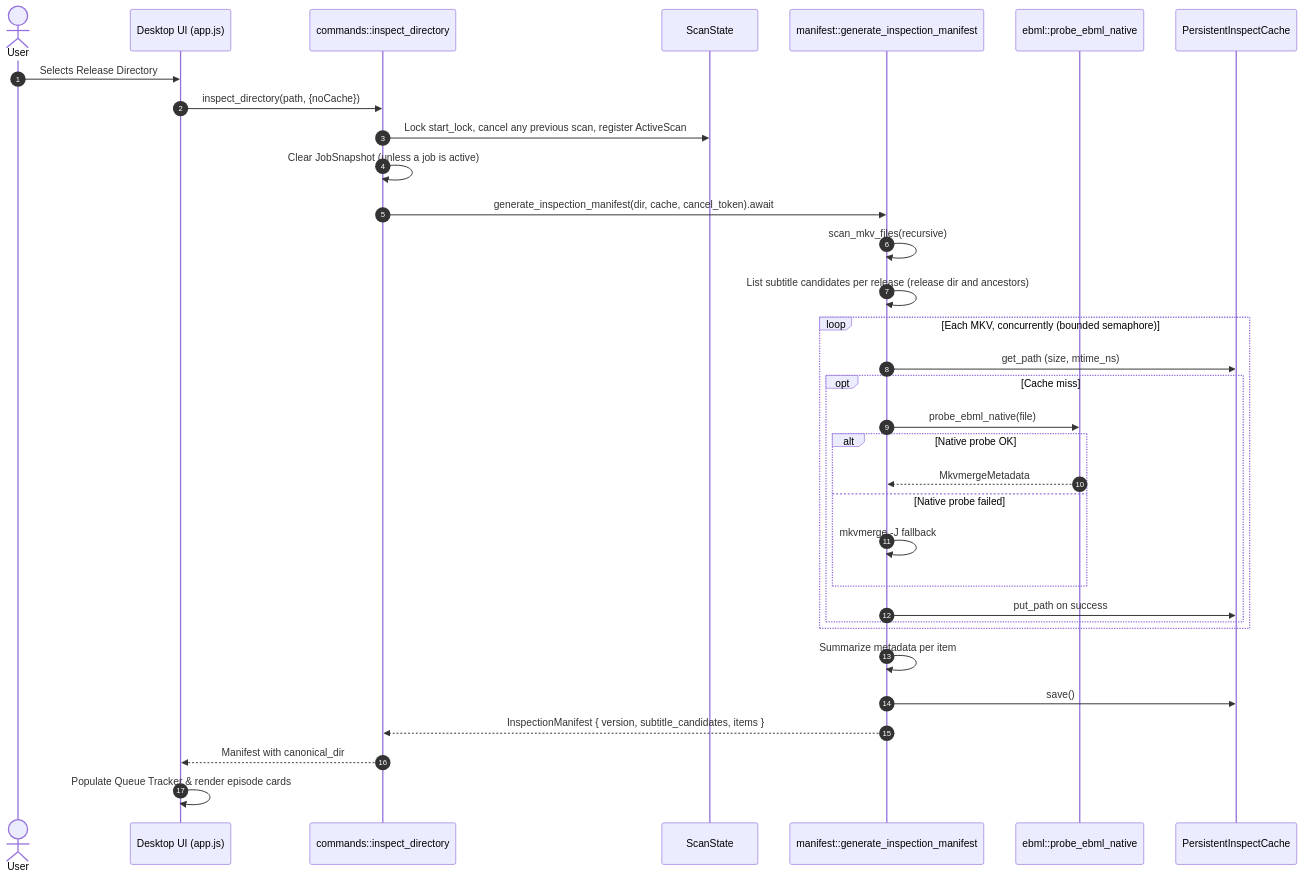
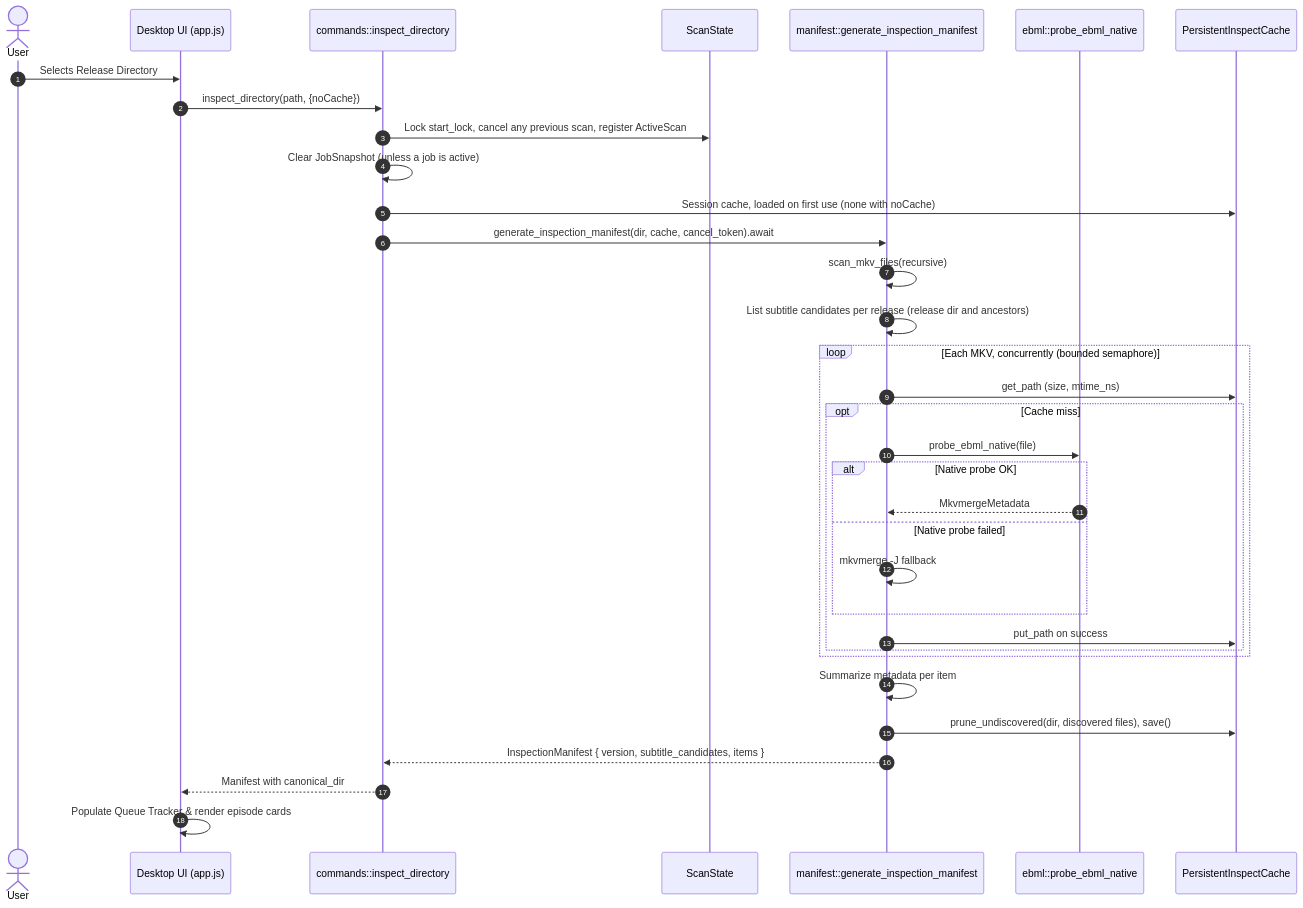
The seventh of 8 diagrams in architecture.md (Si-Forces/mkvanimebatch), drawn with Mermaid before and after one commit. The commit also changed other lines of this file and 10 other files, not shown here.

First line of the commit message:
perf: one inspect cache per app session, pruned after each completed inspection (#42)

````diff
--- a/architecture.md
+++ b/architecture.md
@@ -517,36 +522,37 @@
 ```mermaid
 sequenceDiagram
     autonumber
     actor User
     participant UI as Desktop UI (app.js)
     participant Cmd as commands::inspect_directory
     participant Scan as ScanState
     participant Core as manifest::generate_inspection_manifest
     participant EBML as ebml::probe_ebml_native
     participant Cache as PersistentInspectCache
 
     User->>UI: Selects Release Directory
     UI->>Cmd: inspect_directory(path, {noCache})
     Cmd->>Scan: Lock start_lock, cancel any previous scan, register ActiveScan
     Cmd->>Cmd: Clear JobSnapshot (unless a job is active)
+    Cmd->>Cache: Session cache, loaded on first use (none with noCache)
     Cmd->>Core: generate_inspection_manifest(dir, cache, cancel_token).await
     Core->>Core: scan_mkv_files(recursive)
     Core->>Core: List subtitle candidates per release (release dir and ancestors)
     loop Each MKV, concurrently (bounded semaphore)
         Core->>Cache: get_path (size, mtime_ns)
         opt Cache miss
             Core->>EBML: probe_ebml_native(file)
             alt Native probe OK
                 EBML-->>Core: MkvmergeMetadata
             else Native probe failed
                 Core->>Core: mkvmerge -J fallback
             end
             Core->>Cache: put_path on success
         end
     end
     Core->>Core: Summarize metadata per item
-    Core->>Cache: save()
+    Core->>Cache: prune_undiscovered(dir, discovered files), save()
     Core-->>Cmd: InspectionManifest { version, subtitle_candidates, items }
     Cmd-->>UI: Manifest with canonical_dir
     UI->>UI: Populate Queue Tracker & render episode cards
 ```
````
